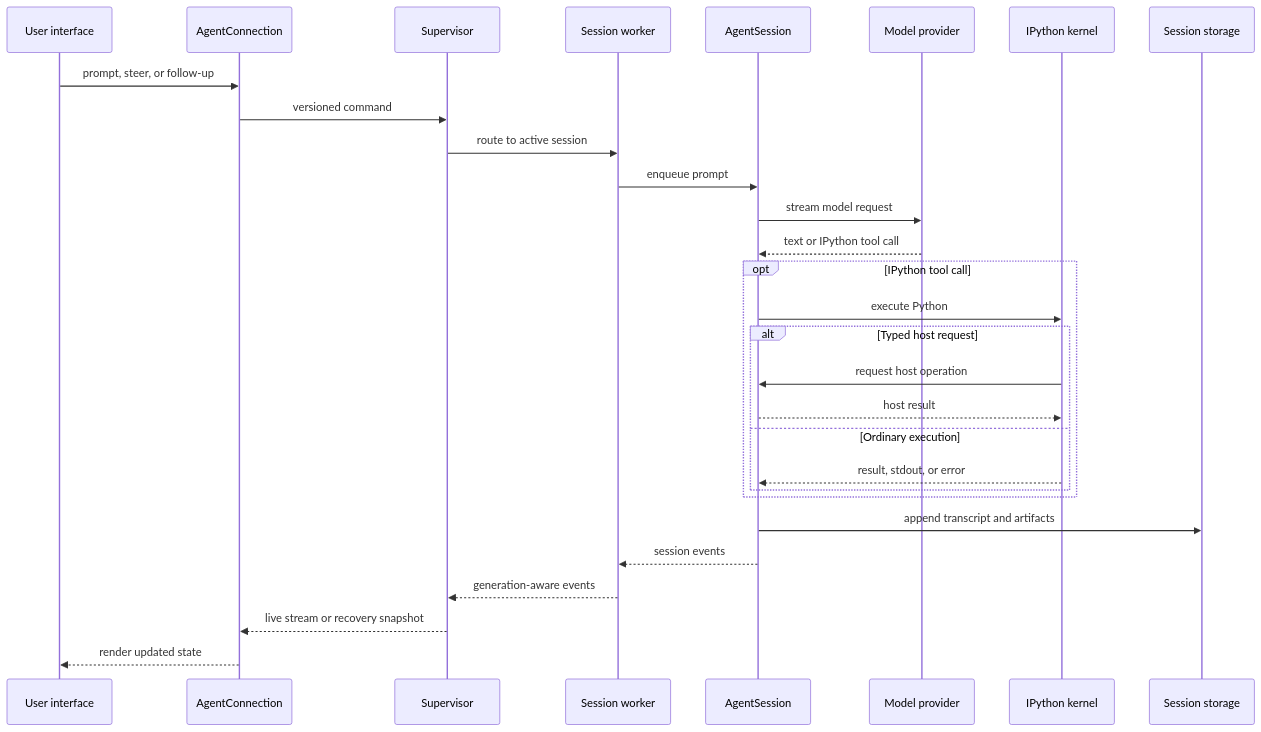
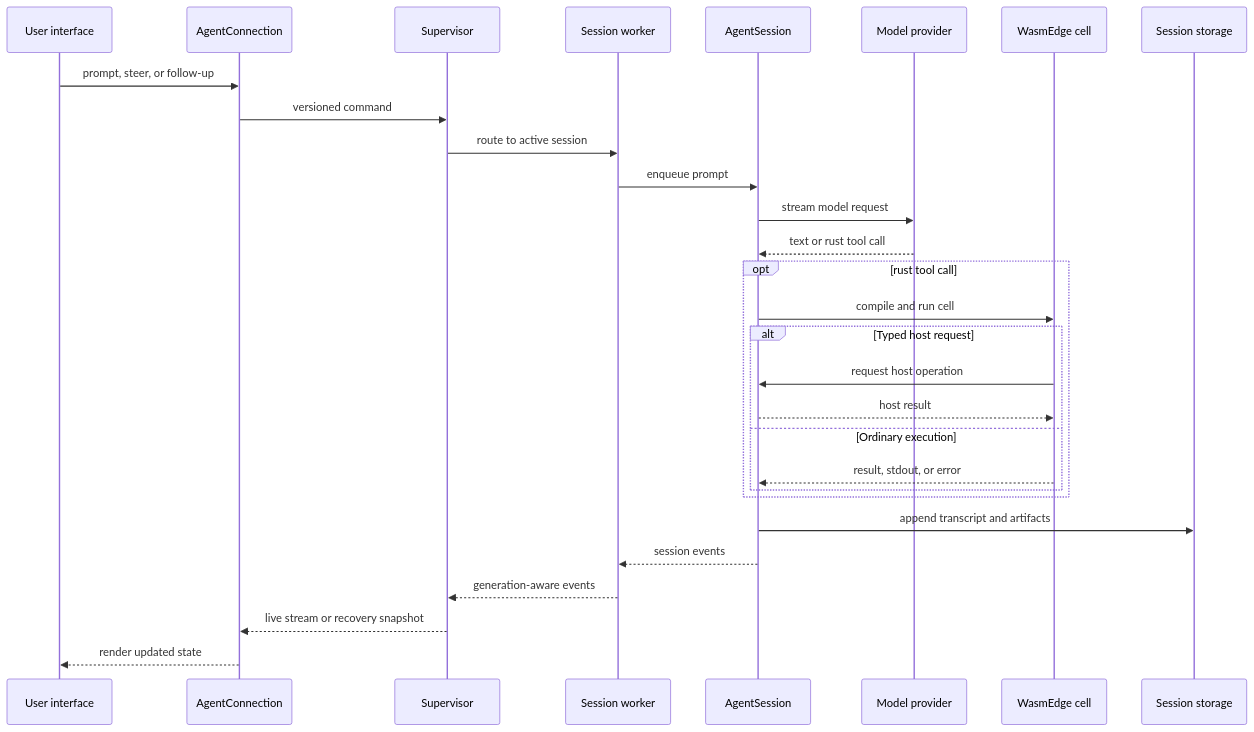
Before and after one commit to second-state/wasmedge-agent: the second of 2 diagrams in packages/coding-agent/docs/architecture.md, drawn with Mermaid. The commit also changed other lines of this file and 16 other files, not shown here.

````diff
--- a/packages/coding-agent/docs/architecture.md
+++ b/packages/coding-agent/docs/architecture.md
@@ -53,32 +53,32 @@
 ```mermaid
 sequenceDiagram
     participant U as User interface
     participant C as AgentConnection
     participant S as Supervisor
     participant W as Session worker
     participant A as AgentSession
     participant P as Model provider
-    participant K as IPython kernel
+    participant K as WasmEdge cell
     participant D as Session storage
 
     U->>C: prompt, steer, or follow-up
     C->>S: versioned command
     S->>W: route to active session
     W->>A: enqueue prompt
     A->>P: stream model request
-    P-->>A: text or IPython tool call
-    opt IPython tool call
-        A->>K: execute Python
+    P-->>A: text or rust tool call
+    opt rust tool call
+        A->>K: compile and run cell
         alt Typed host request
             K->>A: request host operation
             A-->>K: host result
         else Ordinary execution
             K-->>A: result, stdout, or error
         end
     end
     A->>D: append transcript and artifacts
     A-->>W: session events
     W-->>S: generation-aware events
     S-->>C: live stream or recovery snapshot
     C-->>U: render updated state
 ```
````
